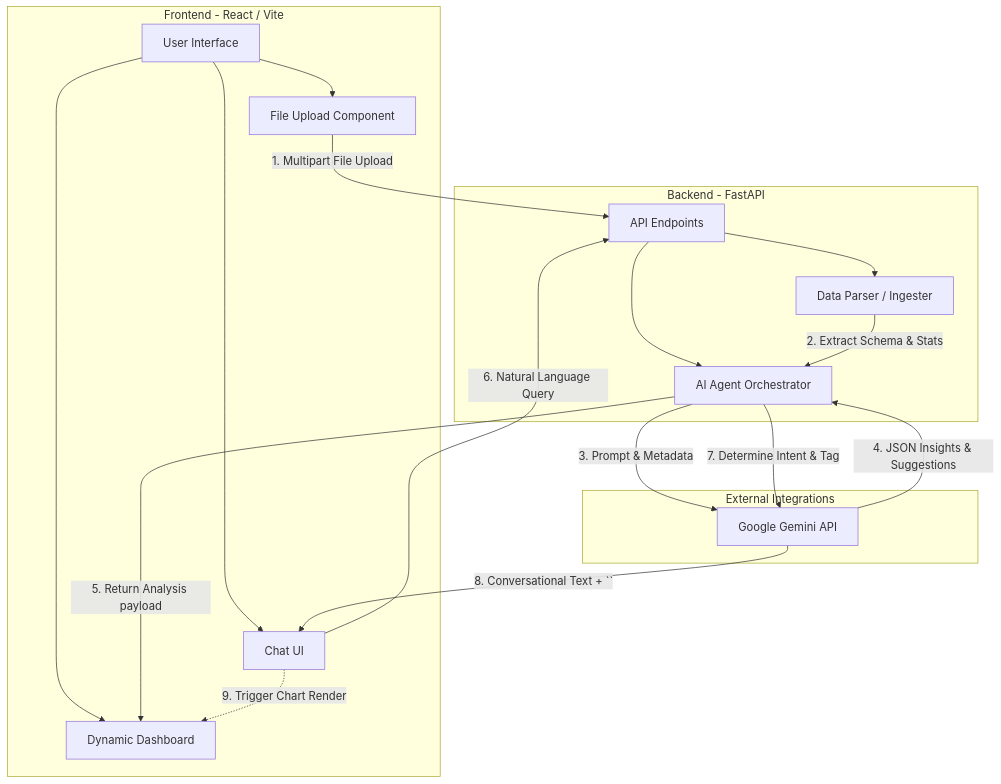
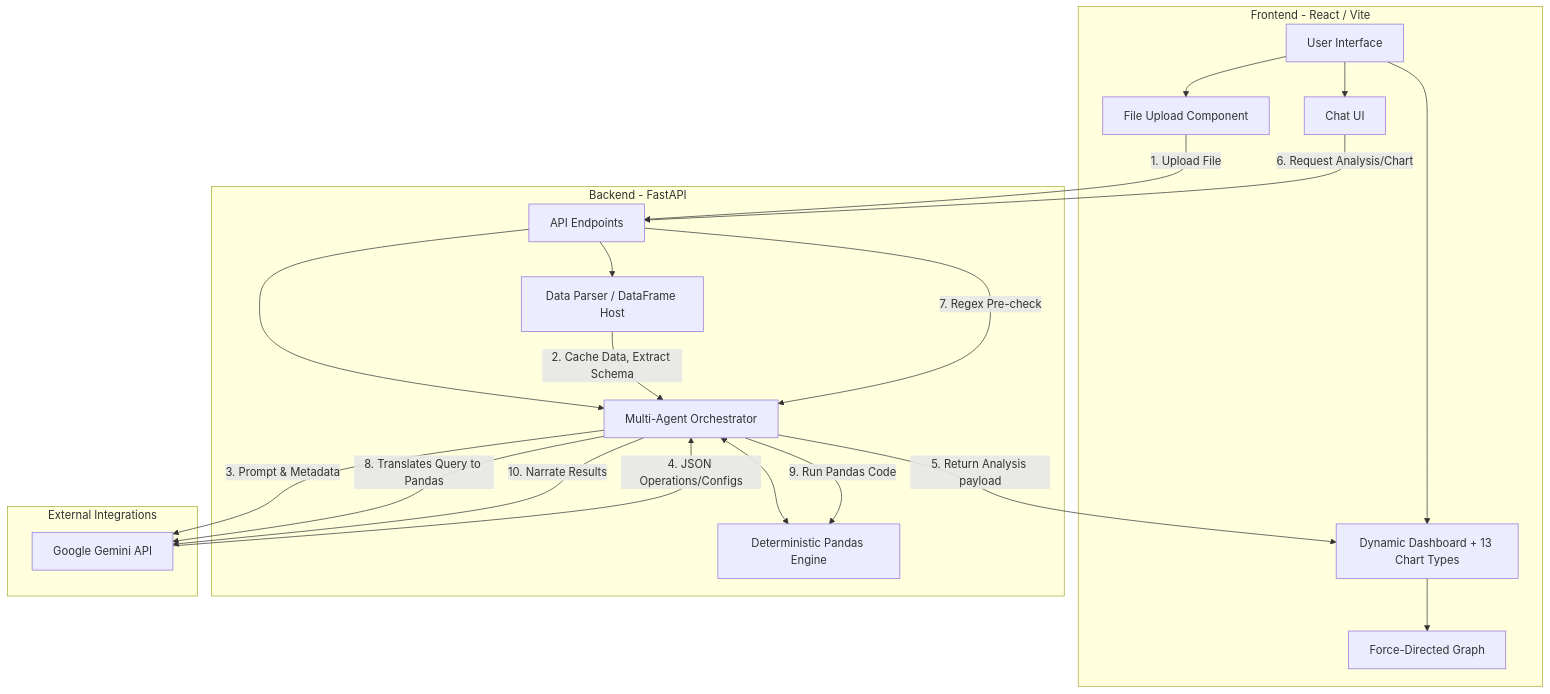
One commit to devyanic11/DataSense changed the diagram in ARCHITECTURE.md. Above: the diagram before and after it, drawn with Mermaid. The commit also changed other lines of this file and 2 other files, not shown here.

````diff
--- a/ARCHITECTURE.md
+++ b/ARCHITECTURE.md
@@ -14,40 +14,43 @@
 ```mermaid
 flowchart TB
     subgraph Client [Frontend - React / Vite]
         UI[User Interface]
         FileUpload[File Upload Component]
-        DashboardView[Dynamic Dashboard]
+        DashboardView[Dynamic Dashboard + 13 Chart Types]
         ChatInterface[Chat UI]
+        PhysicsGraph[Force-Directed Graph]
         
         UI --> FileUpload
         UI --> DashboardView
         UI --> ChatInterface
+        DashboardView --> PhysicsGraph
     end
 
     subgraph Server [Backend - FastAPI]
         Router[API Endpoints]
-        DataParser[Data Parser / Ingester]
-        AgentOrchestrator[AI Agent Orchestrator]
+        DataParser[Data Parser / DataFrame Host]
+        AgentOrchestrator[Multi-Agent Orchestrator]
+        PandasExecutor[Deterministic Pandas Engine]
         
         Router --> DataParser
         Router --> AgentOrchestrator
+        AgentOrchestrator <--> PandasExecutor
     end
 
     subgraph ExternalServices [External Integrations]
         Gemini[Google Gemini API]
     end
 
     %% Interactions
-    FileUpload -- "1. Multipart File Upload" --> Router
-    DataParser -- "2. Extract Schema & Stats" --> AgentOrchestrator
+    FileUpload -- "1. Upload File" --> Router
+    DataParser -- "2. Cache Data, Extract Schema" --> AgentOrchestrator
     AgentOrchestrator -- "3. Prompt & Metadata" --> Gemini
-    Gemini -- "4. JSON Insights & Suggestions" --> AgentOrchestrator
+    Gemini -- "4. JSON Operations/Configs" --> AgentOrchestrator
     AgentOrchestrator -- "5. Return Analysis payload" --> DashboardView
     
-    ChatInterface -- "6. Natural Language Query" --> Router
-    AgentOrchestrator -- "7. Determine Intent & Tag" --> Gemini
-    Gemini -- "8. Conversational Text + `<CHART: Type>`" --> ChatInterface
-    
-    %% Internal UI interactions
-    ChatInterface -. "9. Trigger Chart Render" .-> DashboardView
+    ChatInterface -- "6. Request Analysis/Chart" --> Router
+    Router -- "7. Regex Pre-check" --> AgentOrchestrator
+    AgentOrchestrator -- "8. Translates Query to Pandas" --> Gemini
+    AgentOrchestrator -- "9. Run Pandas Code" --> PandasExecutor
+    AgentOrchestrator -- "10. Narrate Results" --> Gemini
 ```
````
